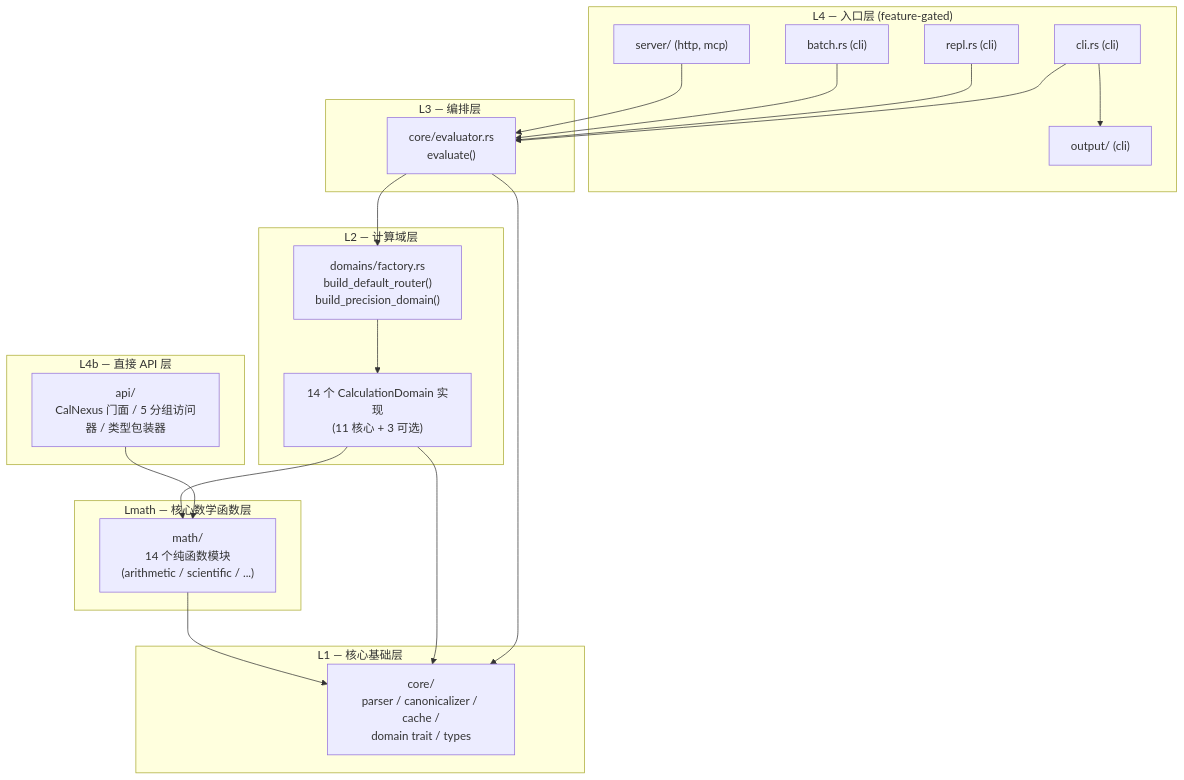
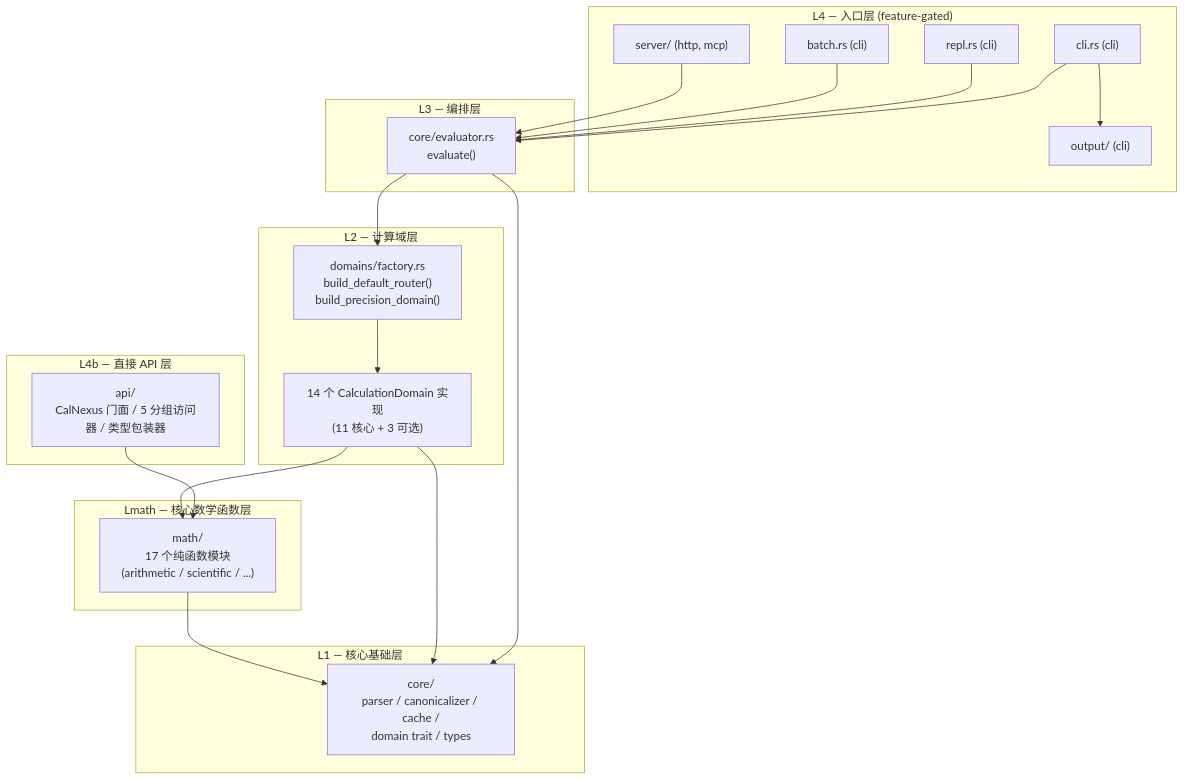
The first of 6 diagrams in docs/ARCHITECTURE.md (Kirky-X/calnexus), drawn with Mermaid before and after one commit. The commit also changed other lines of this file and 8 other files, not shown here.

````diff
--- a/docs/ARCHITECTURE.md
+++ b/docs/ARCHITECTURE.md
@@ -50,44 +50,44 @@
 ```mermaid
 flowchart TD
     subgraph L4b["L4b — 直接 API 层"]
         API["api/<br/>CalNexus 门面 / 5 分组访问器 / 类型包装器"]
     end
 
     subgraph L4["L4 — 入口层 (feature-gated)"]
         CLI["cli.rs (cli)"]
         REPL["repl.rs (cli)"]
         BATCH["batch.rs (cli)"]
         SERVER["server/ (http, mcp)"]
         OUTPUT["output/ (cli)"]
     end
 
     subgraph L3["L3 — 编排层"]
         EVAL["core/evaluator.rs<br/>evaluate()"]
     end
 
     subgraph L2["L2 — 计算域层"]
         FACTORY["domains/factory.rs<br/>build_default_router()<br/>build_precision_domain()"]
         DOMAINS["14 个 CalculationDomain 实现<br/>(11 核心 + 3 可选)"]
     end
 
     subgraph Lmath["Lmath — 核心数学函数层"]
-        MATH["math/<br/>14 个纯函数模块<br/>(arithmetic / scientific / ...)"]
+        MATH["math/<br/>17 个纯函数模块<br/>(arithmetic / scientific / ...)"]
     end
 
     subgraph L1["L1 — 核心基础层"]
         CORE["core/<br/>parser / canonicalizer / cache /<br/>domain trait / types"]
     end
 
     API --> MATH
     CLI --> EVAL
     REPL --> EVAL
     BATCH --> EVAL
     SERVER --> EVAL
     CLI --> OUTPUT
     EVAL --> FACTORY
     EVAL --> CORE
     FACTORY --> DOMAINS
     DOMAINS --> MATH
     DOMAINS --> CORE
     MATH --> CORE
 ```
````
